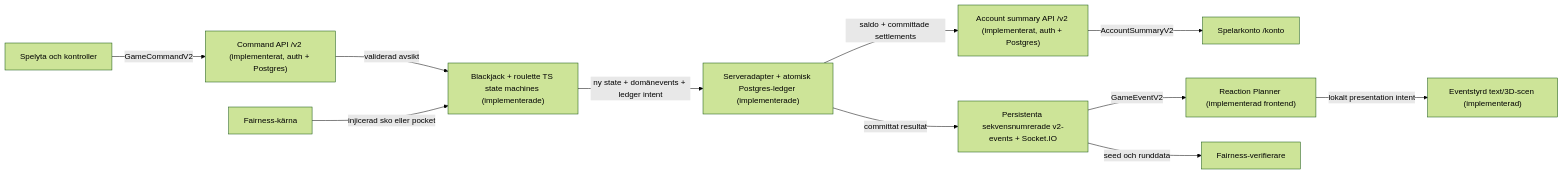
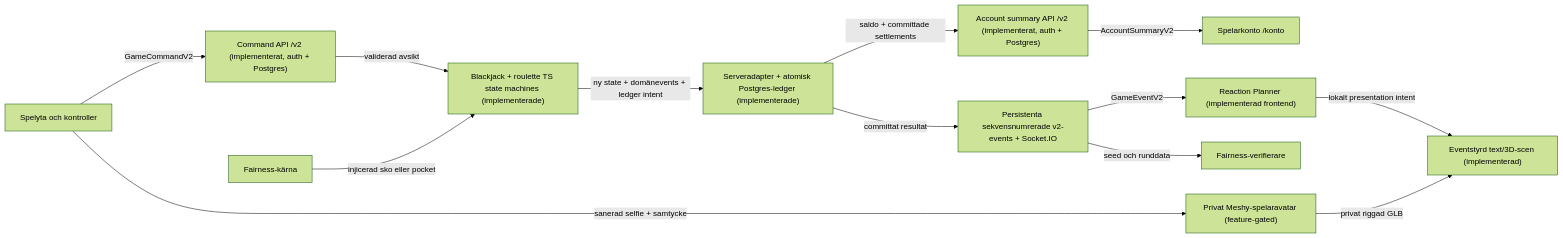
One commit to Jakeminator123/spelsajt changed the first of 3 diagrams in docs/SYSTEM_CANVAS.md. Above: the diagram before and after it, drawn with Mermaid (forest theme). The commit also changed other lines of this file and 37 other files, not shown here.

Commit message:
feat: add private Meshy player avatar pipeline (#40)

````diff
--- a/docs/SYSTEM_CANVAS.md
+++ b/docs/SYSTEM_CANVAS.md
@@ -19,25 +19,28 @@
 ```mermaid
 flowchart LR
     UI["Spelyta och kontroller"]
     API["Command API /v2 (implementerat, auth + Postgres)"]
     CORE["Blackjack + roulette TS state machines (implementerade)"]
     FAIR["Fairness-kärna"]
     TX["Serveradapter + atomisk Postgres-ledger (implementerade)"]
     EVENTS["Persistenta sekvensnumrerade v2-events + Socket.IO"]
     ACCOUNT_API["Account summary API /v2 (implementerat, auth + Postgres)"]
     ACCOUNT_UI["Spelarkonto /konto"]
     PLAN["Reaction Planner (implementerad frontend)"]
     SCENE["Eventstyrd text/3D-scen (implementerad)"]
+    AVATAR["Privat Meshy-spelaravatar (feature-gated)"]
     VERIFY["Fairness-verifierare"]
 
     UI -->|"GameCommandV2"| API
     API -->|"validerad avsikt"| CORE
     FAIR -->|"injicerad sko eller pocket"| CORE
     CORE -->|"ny state + domänevents + ledger intent"| TX
     TX -->|"saldo + committade settlements"| ACCOUNT_API
     ACCOUNT_API -->|"AccountSummaryV2"| ACCOUNT_UI
     TX -->|"committat resultat"| EVENTS
     EVENTS -->|"GameEventV2"| PLAN
     PLAN -->|"lokalt presentation intent"| SCENE
+    UI -->|"sanerad selfie + samtycke"| AVATAR
+    AVATAR -->|"privat riggad GLB"| SCENE
     EVENTS -->|"seed och runddata"| VERIFY
 ```
````
